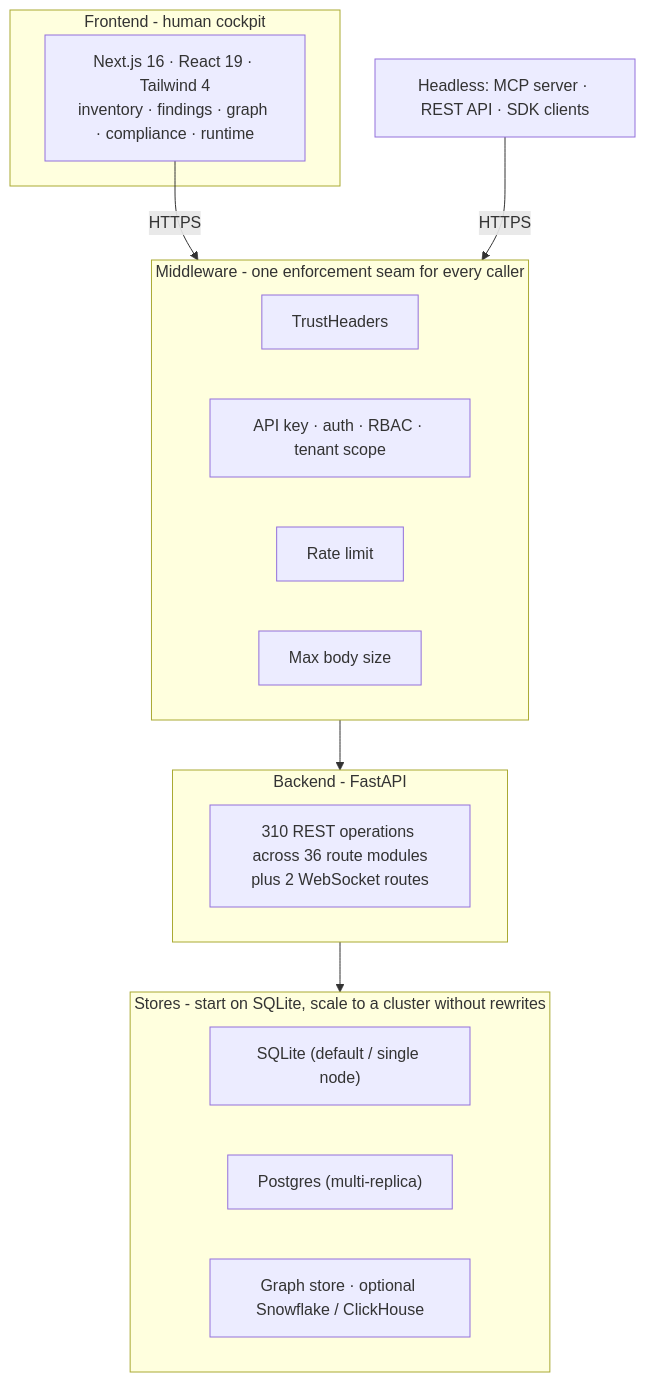
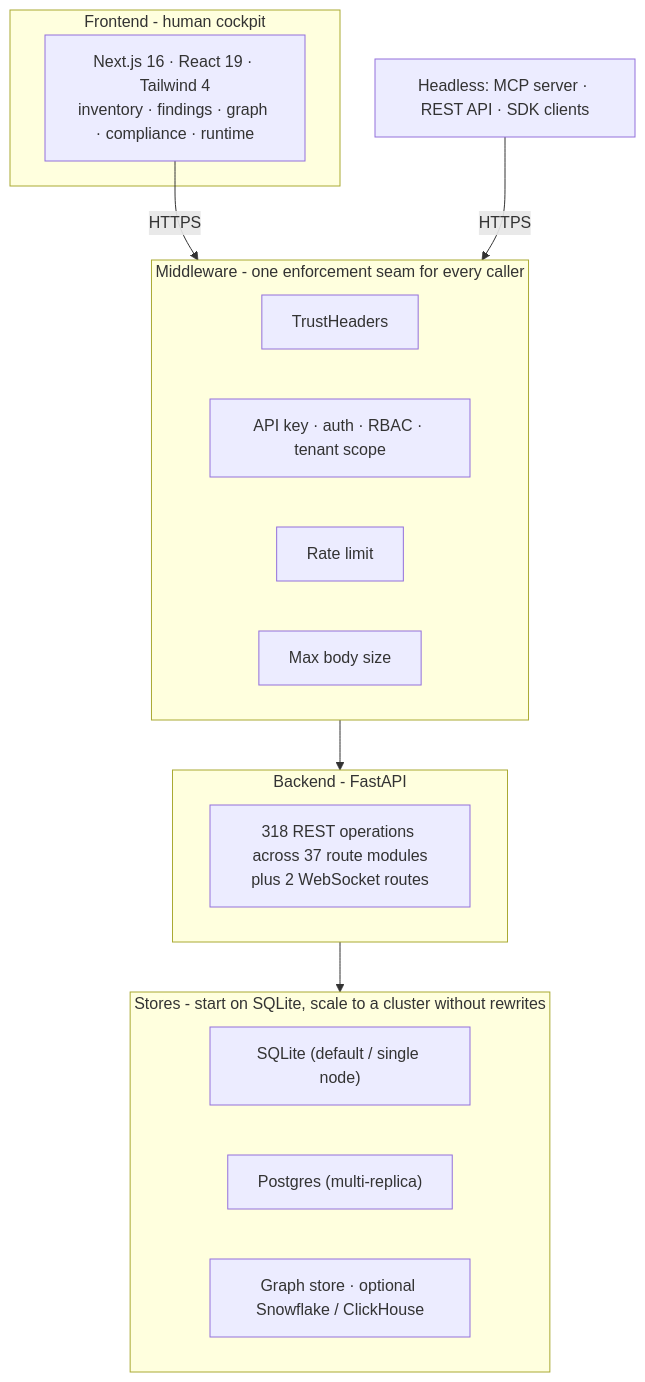
Before and after one commit to msaad00/agent-bom: the fourth of 9 diagrams in docs/ARCHITECTURE.md, drawn with Mermaid. The commit also changed 21 other files, not shown here.

````diff
--- a/docs/ARCHITECTURE.md
+++ b/docs/ARCHITECTURE.md
@@ -146,26 +146,26 @@
 ```mermaid
 flowchart TB
     subgraph FE["Frontend - human cockpit"]
         UI["Next.js 16 · React 19 · Tailwind 4\ninventory · findings · graph · compliance · runtime"]
     end
     subgraph MW["Middleware - one enforcement seam for every caller"]
         M1["TrustHeaders"]
         M2["API key · auth · RBAC · tenant scope"]
         M3["Rate limit"]
         M4["Max body size"]
     end
     subgraph BE["Backend - FastAPI"]
-        R["310 REST operations across 36 route modules\nplus 2 WebSocket routes"]
+        R["318 REST operations across 37 route modules\nplus 2 WebSocket routes"]
     end
     subgraph ST["Stores - start on SQLite, scale to a cluster without rewrites"]
         S1["SQLite (default / single node)"]
         S2["Postgres (multi-replica)"]
         S3["Graph store · optional Snowflake / ClickHouse"]
     end
 
     EXTAGENT["Headless: MCP server · REST API · SDK clients"]
 
     UI -->|HTTPS| MW
     EXTAGENT -->|HTTPS| MW
     MW --> BE --> ST
 ```
````
